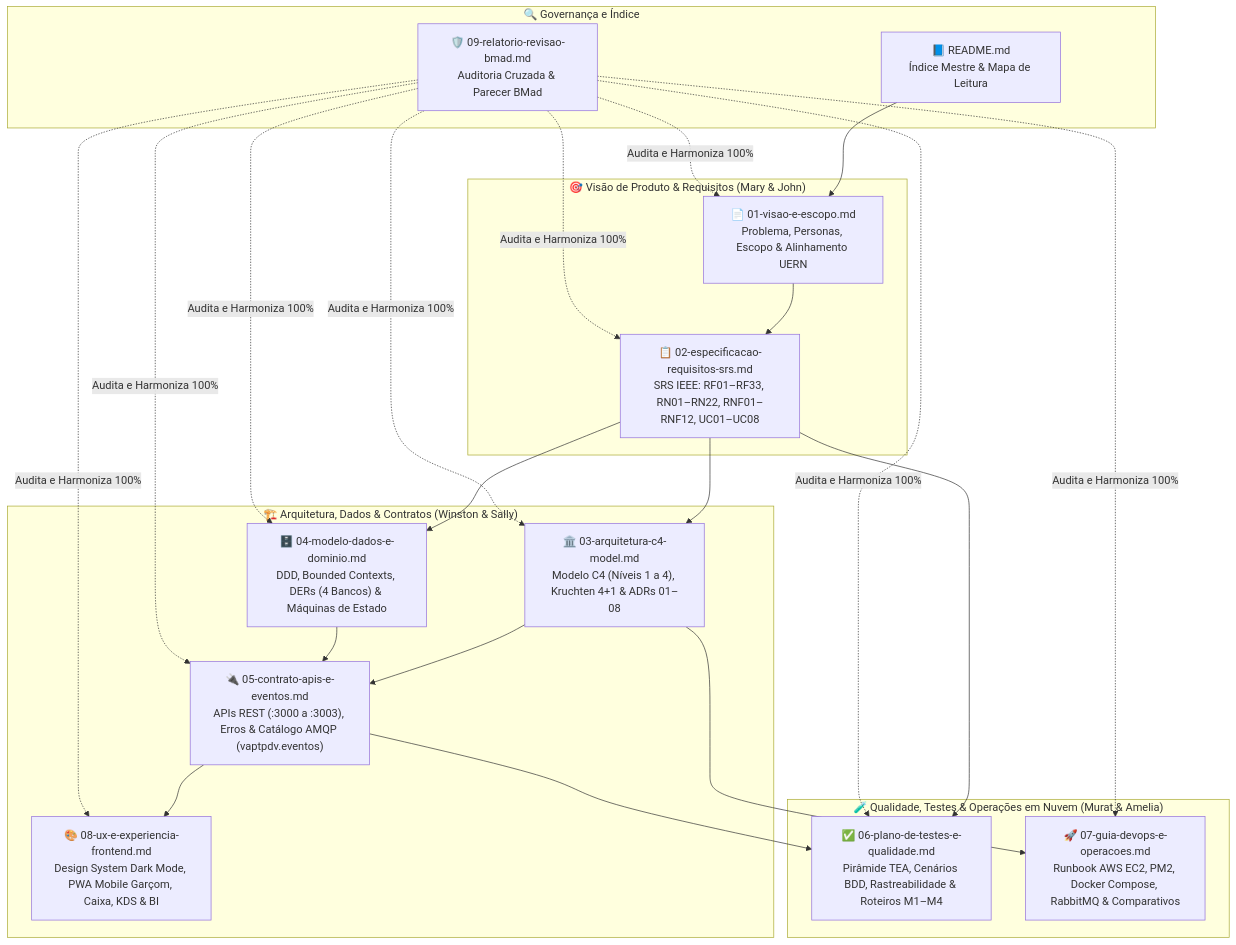
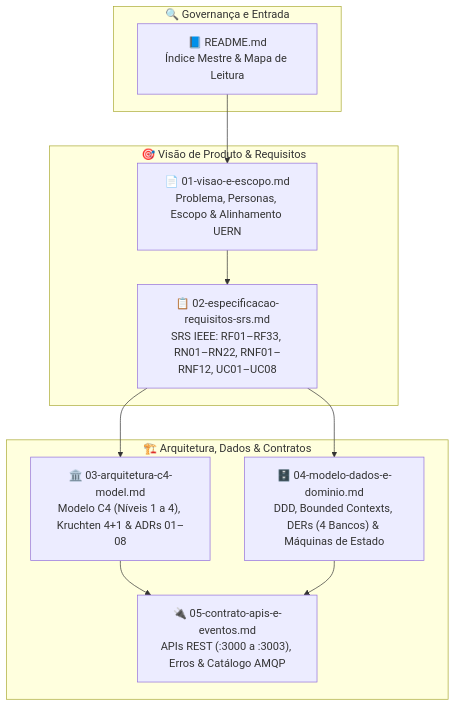
Before and after one commit to mateusnriy/vapt-pdv: the diagram in docs/engenharia/README.md, drawn with Mermaid. The commit also changed other lines of this file and 10 other files, not shown here.

````diff
--- a/docs/engenharia/README.md
+++ b/docs/engenharia/README.md
@@ -29,43 +29,24 @@
 ```mermaid
 flowchart TB
-    subgraph Governanca["🔍 Governança e Índice"]
+    subgraph Governanca["🔍 Governança e Entrada"]
         README["📘 README.md\nÍndice Mestre & Mapa de Leitura"]
-        DOC09["🛡️ 09-relatorio-revisao-bmad.md\nAuditoria Cruzada & Parecer BMad"]
     end
 
-    subgraph Produto["🎯 Visão de Produto & Requisitos (Mary & John)"]
+    subgraph Produto["🎯 Visão de Produto & Requisitos"]
         DOC01["📄 01-visao-e-escopo.md\nProblema, Personas, Escopo & Alinhamento UERN"]
         DOC02["📋 02-especificacao-requisitos-srs.md\nSRS IEEE: RF01–RF33, RN01–RN22, RNF01–RNF12, UC01–UC08"]
     end
 
-    subgraph Arquitetura["🏗️ Arquitetura, Dados & Contratos (Winston & Sally)"]
+    subgraph Arquitetura["🏗️ Arquitetura, Dados & Contratos"]
         DOC03["🏛️ 03-arquitetura-c4-model.md\nModelo C4 (Níveis 1 a 4), Kruchten 4+1 & ADRs 01–08"]
         DOC04["🗄️ 04-modelo-dados-e-dominio.md\nDDD, Bounded Contexts, DERs (4 Bancos) & Máquinas de Estado"]
-        DOC05["🔌 05-contrato-apis-e-eventos.md\nAPIs REST (:3000 a :3003), Erros & Catálogo AMQP (vaptpdv.eventos)"]
-        DOC08["🎨 08-ux-e-experiencia-frontend.md\nDesign System Dark Mode, PWA Mobile Garçom, Caixa, KDS & BI"]
-    end
-
-    subgraph Qualidade_Operacao["🧪 Qualidade, Testes & Operações em Nuvem (Murat & Amelia)"]
-        DOC06["✅ 06-plano-de-testes-e-qualidade.md\nPirâmide TEA, Cenários BDD, Rastreabilidade & Roteiros M1–M4"]
-        DOC07["🚀 07-guia-devops-e-operacoes.md\nRunbook AWS EC2, PM2, Docker Compose, RabbitMQ & Comparativos"]
+        DOC05["🔌 05-contrato-apis-e-eventos.md\nAPIs REST (:3000 a :3003), Erros & Catálogo AMQP"]
     end
 
     README --> DOC01
     DOC01 --> DOC02
     DOC02 --> DOC03
     DOC02 --> DOC04
     DOC03 --> DOC05
     DOC04 --> DOC05
-    DOC05 --> DOC08
-    DOC02 --> DOC06
-    DOC05 --> DOC06
-    DOC03 --> DOC07
-    DOC09 -.->|"Audita e Harmoniza 100%"| DOC01
-    DOC09 -.->|"Audita e Harmoniza 100%"| DOC02
-    DOC09 -.->|"Audita e Harmoniza 100%"| DOC03
-    DOC09 -.->|"Audita e Harmoniza 100%"| DOC04
-    DOC09 -.->|"Audita e Harmoniza 100%"| DOC05
-    DOC09 -.->|"Audita e Harmoniza 100%"| DOC06
-    DOC09 -.->|"Audita e Harmoniza 100%"| DOC07
-    DOC09 -.->|"Audita e Harmoniza 100%"| DOC08
 ```
````
